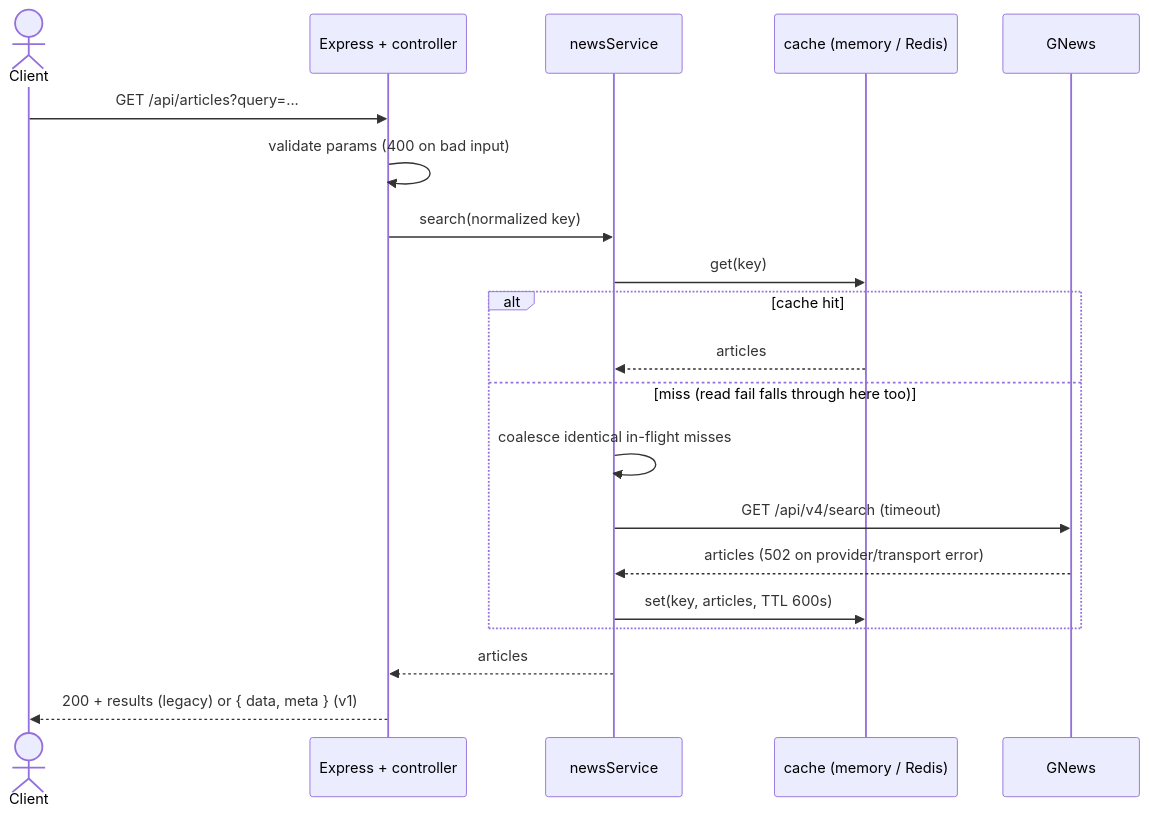
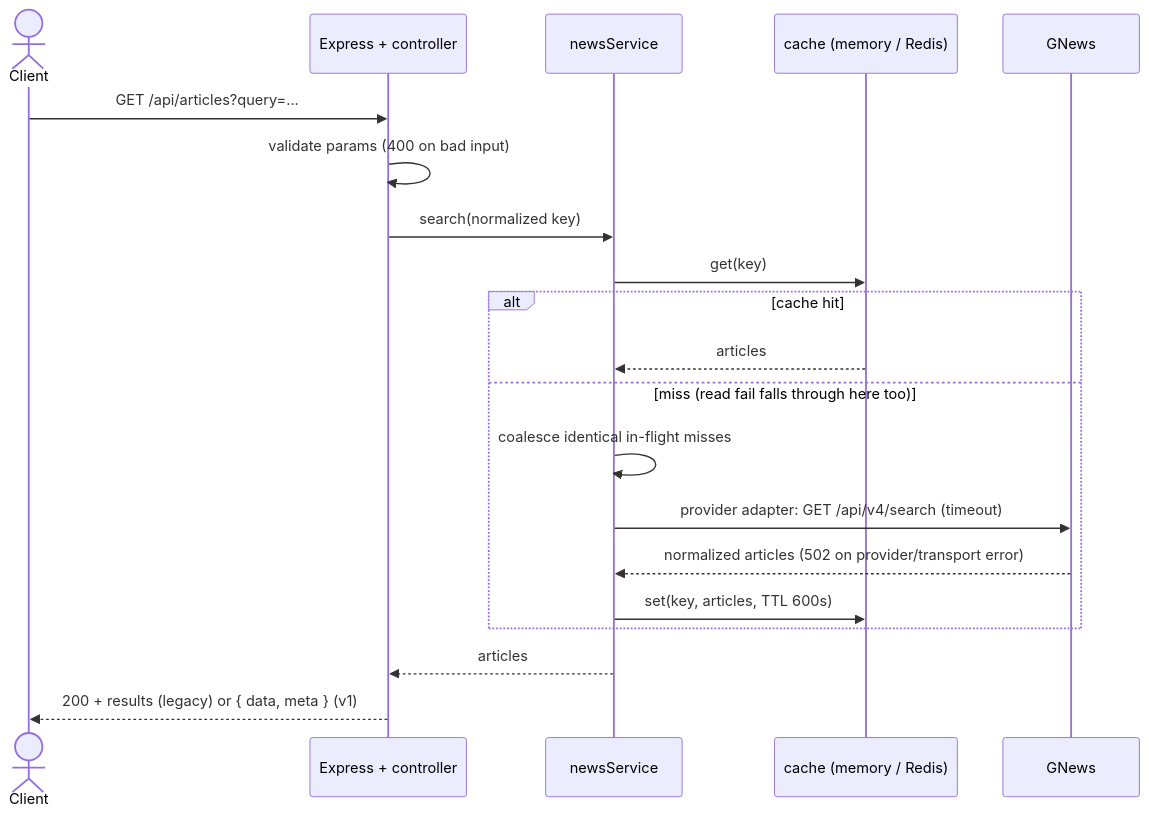
Before and after one commit to AlisinaDevelo/news-api: the second of 3 diagrams in docs/ARCHITECTURE.md, drawn with Mermaid. The commit also changed other lines of this file and 4 other files, not shown here.

Commit message:
refactor(provider): extract gnews adapter

````diff
--- a/docs/ARCHITECTURE.md
+++ b/docs/ARCHITECTURE.md
@@ -28,23 +29,23 @@
 ```mermaid
 sequenceDiagram
   actor Client
   participant API as Express + controller
   participant Svc as newsService
   participant Cache as cache (memory / Redis)
   participant GNews
 
   Client->>API: GET /api/articles?query=...
   API->>API: validate params (400 on bad input)
   API->>Svc: search(normalized key)
   Svc->>Cache: get(key)
   alt cache hit
     Cache-->>Svc: articles
   else miss (read fail falls through here too)
     Svc->>Svc: coalesce identical in-flight misses
-    Svc->>GNews: GET /api/v4/search (timeout)
-    GNews-->>Svc: articles  (502 on provider/transport error)
+    Svc->>GNews: provider adapter: GET /api/v4/search (timeout)
+    GNews-->>Svc: normalized articles  (502 on provider/transport error)
     Svc->>Cache: set(key, articles, TTL 600s)
   end
   Svc-->>API: articles
   API-->>Client: 200 + results (legacy) or { data, meta } (v1)
 ```
````
